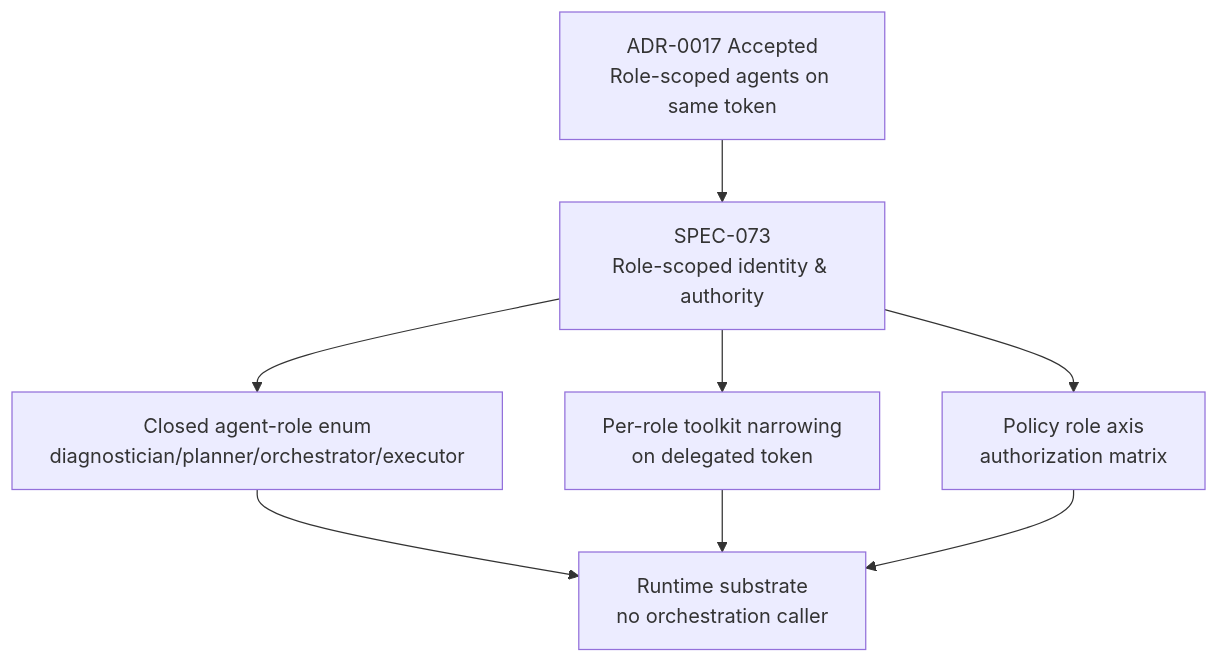
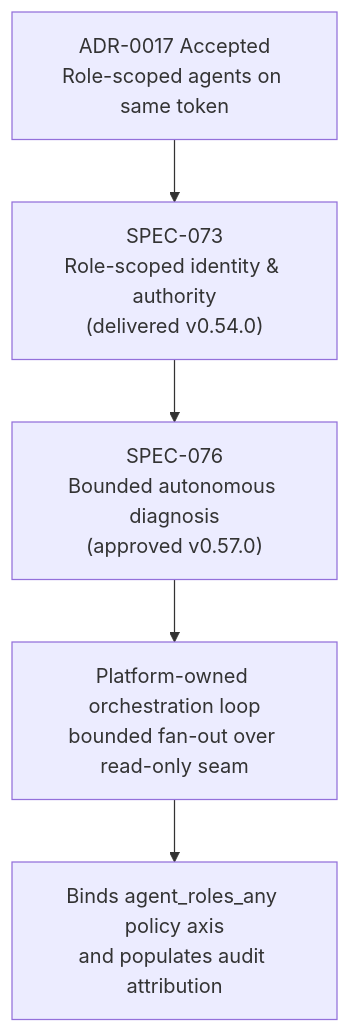
The eighth of 9 diagrams in .qoder/repowiki/en/content/Platform Overview/ADR-0017_ Bounded Read-Only Multi-Agent Orchestration.md (metasync/luban-aiops), drawn with Mermaid before and after one commit. The commit also changed other lines of this file and 219 other files, not shown here.

````diff
--- a/.qoder/repowiki/en/content/Platform Overview/ADR-0017_ Bounded Read-Only Multi-Agent Orchestration.md
+++ b/.qoder/repowiki/en/content/Platform Overview/ADR-0017_ Bounded Read-Only Multi-Agent Orchestration.md
@@ -309,10 +313,7 @@
 ```mermaid
 flowchart TD
-ADR17["ADR-0017 Accepted<br/>Role-scoped agents on same token"] --> SPEC073["SPEC-073<br/>Role-scoped identity & authority"]
-SPEC073 --> ROLE_ENUM["Closed agent-role enum<br/>diagnostician/planner/orchestrator/executor"]
-SPEC073 --> TOOLKIT_NARROWING["Per-role toolkit narrowing<br/>on delegated token"]
-SPEC073 --> POLICY_AXIS["Policy role axis<br/>authorization matrix"]
-ROLE_ENUM --> IMPLEMENTATION["Runtime substrate<br/>no orchestration caller"]
-TOOLKIT_NARROWING --> IMPLEMENTATION
-POLICY_AXIS --> IMPLEMENTATION
+ADR17["ADR-0017 Accepted<br/>Role-scoped agents on same token"] --> SPEC073["SPEC-073<br/>Role-scoped identity & authority<br/>(delivered v0.54.0)"]
+SPEC073 --> SPEC076["SPEC-076<br/>Bounded autonomous diagnosis<br/>(approved v0.57.0)"]
+SPEC076 --> LOOP["Platform-owned orchestration loop<br/>bounded fan-out over read-only seam"]
+LOOP --> ROLES["Binds agent_roles_any policy axis<br/>and populates audit attribution"]
 ```
````
